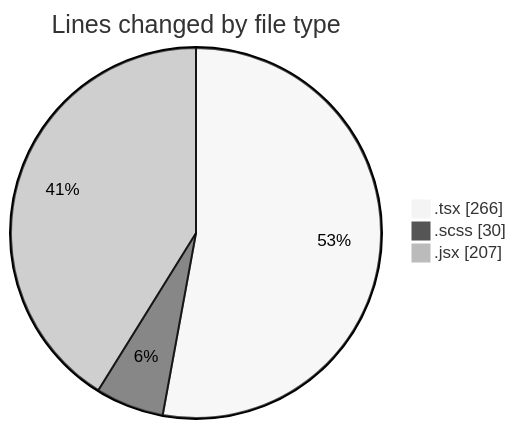
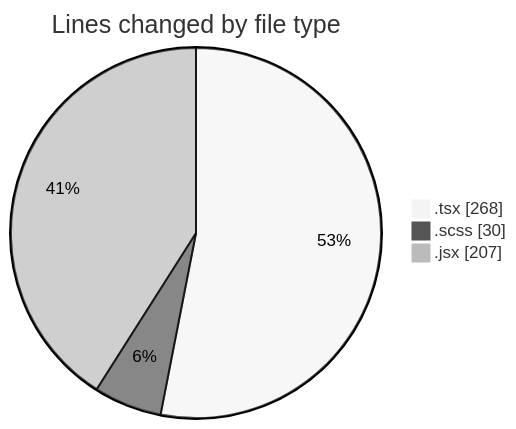
One commit to momahboobian/code-tracking changed the first of 2 diagrams in 2026-07-23/cda/README.md. Above: the diagram before and after it, drawn with Mermaid (neutral theme). The commit also changed other lines of this file and 1 other file, not shown here.

````diff
--- a/2026-07-23/cda/README.md
+++ b/2026-07-23/cda/README.md
@@ -22,7 +22,7 @@
 ```mermaid
 pie showData
 title Lines changed by file type
-".tsx" : 266
+".tsx" : 268
 ".scss" : 30
 ".jsx" : 207
 ```
````
